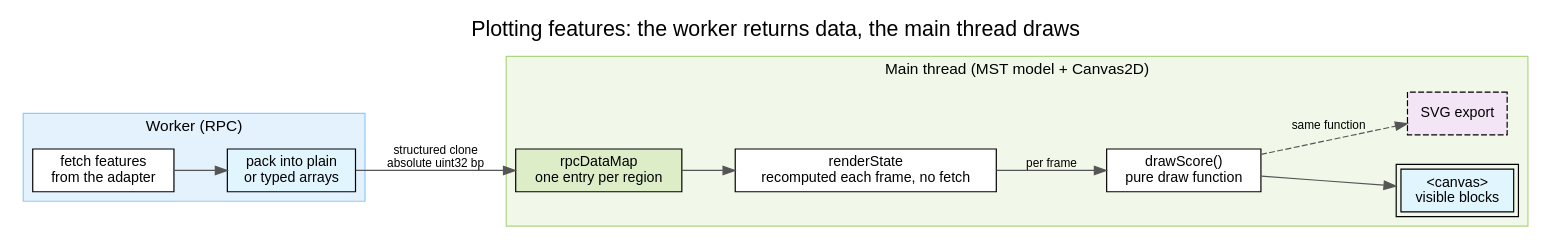
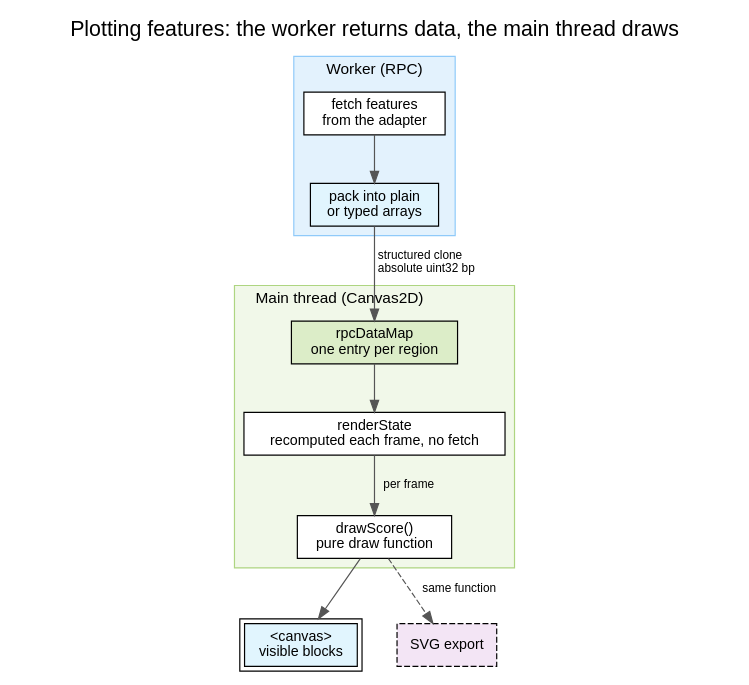
The diagram in website/diagrams/feature_plotting_threads.dot (GMOD/jbrowse-components), drawn with Graphviz before and after one commit. The commit also changed 2 other files, not shown here.

```diff
--- a/website/diagrams/feature_plotting_threads.dot
+++ b/website/diagrams/feature_plotting_threads.dot
@@ -1,50 +1,84 @@
+// Source for /img/feature_plotting_threads.png, embedded by
+// docs/developer_guides/plotting_features.md under "The mental model".
+//
+// TOP TO BOTTOM, and the reason is the one its two siblings each recorded after
+// paying for it. As a left-to-right row this rendered 2423x404 at the
+// pipeline's own 150 dpi -- a 6:1 strip whose 12pt labels land around 7px once
+// the docs column scales it to width. gpu_display_lifecycle.dot came off the
+// same shape ("as three side-by-side lanes this came out about 7:1, which on a
+// docs page is a strip with unreadable text") and so did gpu_display_tldr.dot
+// ("as a left-to-right row this measured 2312x211"). Stacked, each lane is a
+// band and the figure reads at column width without scaling.
+//
+// It is also the SAME GRAPH as gpu_display_lifecycle.dot with the GPU lane
+// swapped out, which is what the two pages claim about the code: the GPU guide
+// says its plugin "builds the same plugin without the shader, so moving up
+// later adds files rather than changing them". So the lanes are named the same
+// way, in the same order, in the same colours, and rpcDataMap and renderState
+// are drawn the same. A reader arriving at the GPU page should recognise this
+// picture with buffers added, rather than meet a second diagram of one system.
+//
+// The SVG export hangs off the draw function rather than off the canvas: it is
+// the same function run against a context that serializes each call, which is
+// the claim the dashed edge carries and the reason the node is on the figure at
+// all.
 digraph feature_plotting_threads {
-  rankdir=LR
+  rankdir=TB
   labelloc=t
   fontname="Helvetica"
   fontsize=18
   label="Plotting features: the worker returns data, the main thread draws"
-  nodesep=0.35
-  ranksep=0.6
+  nodesep=0.4
+  ranksep=0.55
 
   node [shape=box, fontname="Helvetica", fontsize=12, style=filled, fillcolor="#ffffff"]
   edge [fontname="Helvetica", fontsize=10, color="#555555"]
 
   // ── Worker ───────────────────────────────────────────────────────
   subgraph cluster_worker {
     label="Worker (RPC)"
     labelloc=t
     fontname="Helvetica"
     fontsize=13
     style=filled
     fillcolor="#e3f2fd"
     color="#90caf9"
 
     adapter [label="fetch features\nfrom the adapter"]
     pack [label="pack into plain\nor typed arrays", fillcolor="#e1f5fe"]
   }
 
   // ── Main thread ──────────────────────────────────────────────────
   subgraph cluster_main {
-    label="Main thread (MST model + Canvas2D)"
+    label="Main thread (Canvas2D)"
     labelloc=t
+    // Short AND left-justified, both for the reason rpc_lifecycle.dot records:
+    // the incoming arrow enters the box at its horizontal centre, and a label
+    // that reaches that far gets struck through by it. "(MST model + Canvas2D)"
+    // did, from the left as well as from the centre; the title carries which
+    // thread draws.
+    labeljust=l
     fontname="Helvetica"
     fontsize=13
     style=filled
     fillcolor="#f1f8e9"
     color="#aed581"
 
     rpcdata [label="rpcDataMap\none entry per region", fillcolor="#dcedc8"]
     renderstate [label="renderState\nrecomputed each frame, no fetch"]
     draw [label="drawScore()\npure draw function"]
-    canvas [label="<canvas>\nvisible blocks", peripheries=2, fillcolor="#e1f5fe"]
-    svg [label="SVG export", style="filled,dashed", fillcolor="#f3e5f5"]
   }
 
+  // The two things the draw function ends in, on one rank below the lanes so
+  // neither lands inside the main-thread box and reads as another model member.
+  canvas [label="<canvas>\nvisible blocks", peripheries=2, fillcolor="#e1f5fe"]
+  svg [label="SVG export", style="filled,dashed", fillcolor="#f3e5f5"]
+
   adapter -> pack
-  pack -> rpcdata [label="structured clone\nabsolute uint32 bp"]
+  pack -> rpcdata [label="  structured clone\l  absolute uint32 bp\l"]
   rpcdata -> renderstate
-  renderstate -> draw [label="per frame"]
+  renderstate -> draw [label="  per frame"]
   draw -> canvas
-  draw -> svg [style=dashed, label="same function"]
+  draw -> svg [style=dashed, label="  same function"]
+  { rank=same; canvas; svg }
 }
```
